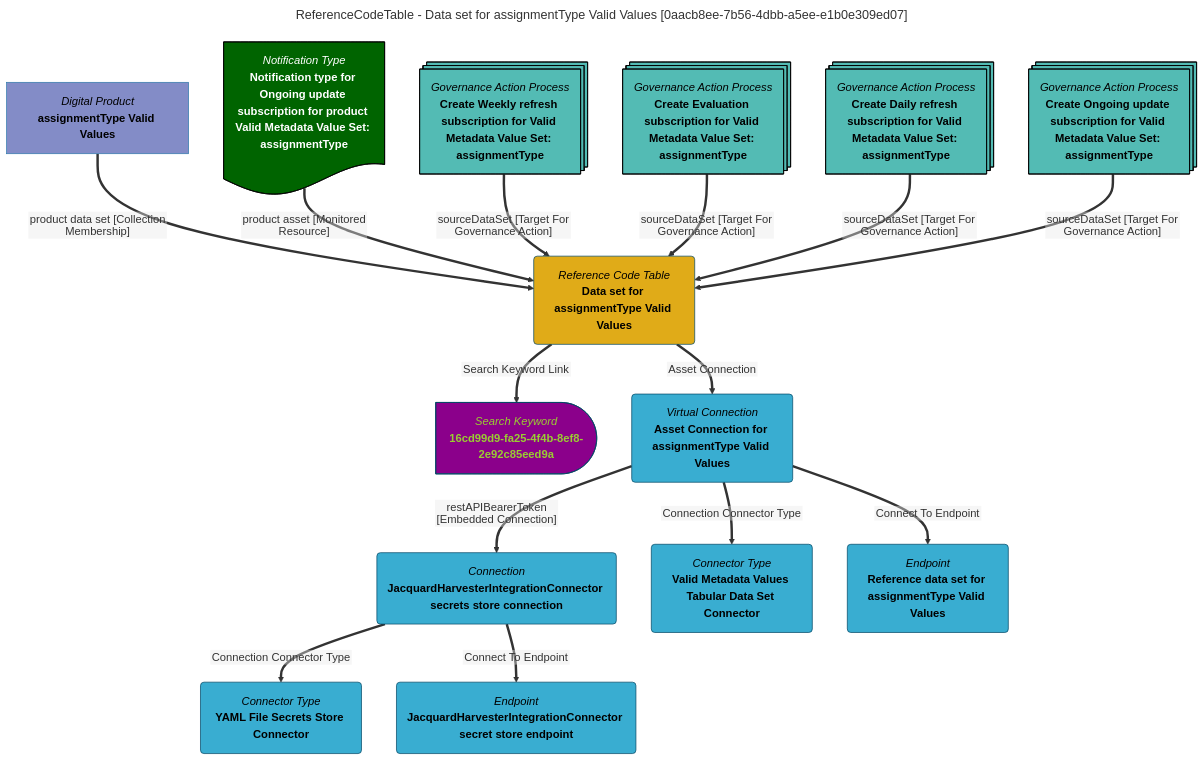
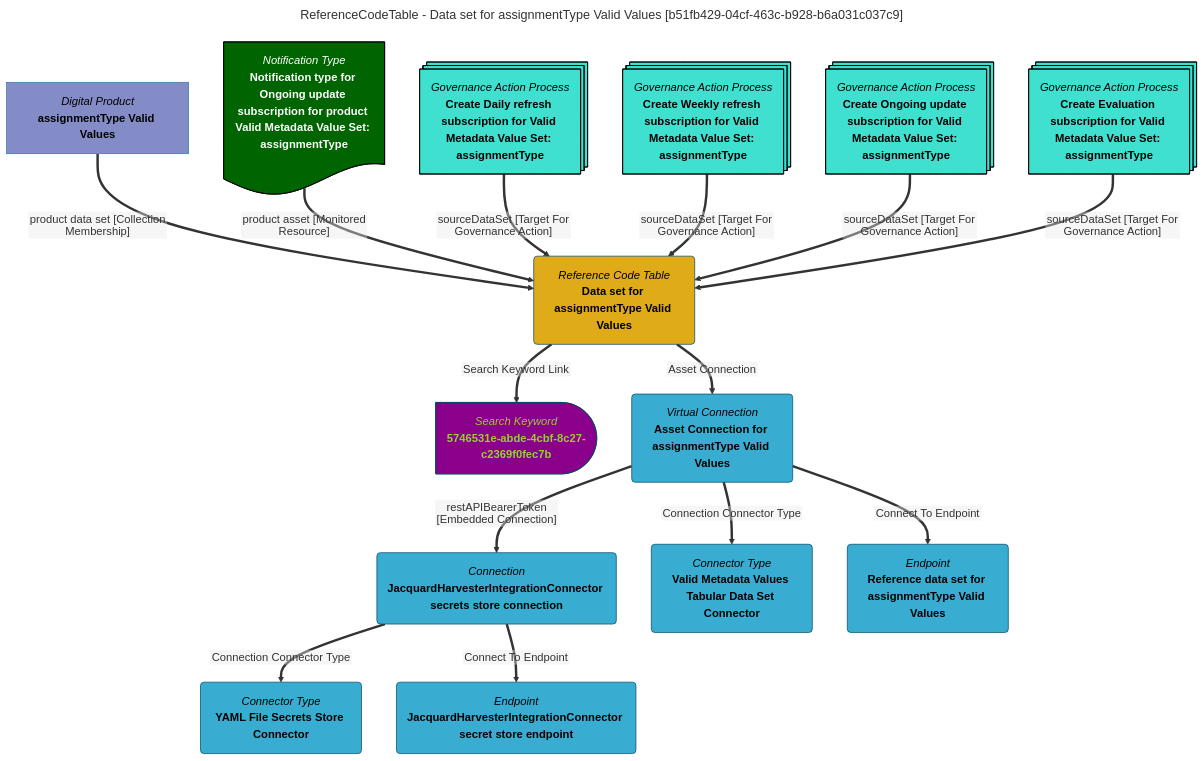
One commit to odpi/egeria-docs changed the diagram in site/snippets/data-assets/data-set-for-assignmenttype-valid-values-mermaid-graph.md. Above: the diagram before and after it, drawn with Mermaid. The commit also changed 2201 other files, not shown here.

````diff
--- a/site/snippets/data-assets/data-set-for-assignmenttype-valid-values-mermaid-graph.md
+++ b/site/snippets/data-assets/data-set-for-assignmenttype-valid-values-mermaid-graph.md
@@ -1,63 +1,63 @@
 ```mermaid
 ---
-title: ReferenceCodeTable - Data set for assignmentType Valid Values [0aacb8ee-7b56-4dbb-a5ee-e1b0e309ed07]
+title: ReferenceCodeTable - Data set for assignmentType Valid Values [b51fb429-04cf-463c-b928-b6a031c037c9]
 ---
 flowchart TD
 %%{init: {"flowchart": {"htmlLabels": false}} }%%
 
 1@{ shape: rounded, label: "*Reference Code Table*
 **Data set for assignmentType Valid Values**"}
 2@{ shape: delay, label: "*Search Keyword*
-**16cd99d9-fa25-4f4b-8ef8-2e92c85eed9a**"}
+**5746531e-abde-4cbf-8c27-c2369f0fec7b**"}
 1==>|"Search Keyword Link"|2
 3@{ shape: rect, label: "*Digital Product*
 **assignmentType Valid Values**"}
 3==>|"product data set [Collection Membership]"|1
 4@{ shape: rounded, label: "*Virtual Connection*
 **Asset Connection for assignmentType Valid Values**"}
 1==>|"Asset Connection"|4
 5@{ shape: rounded, label: "*Connection*
 **JacquardHarvesterIntegrationConnector secrets store connection**"}
 4==>|"restAPIBearerToken [Embedded Connection]"|5
 6@{ shape: rounded, label: "*Connector Type*
 **YAML File Secrets Store Connector**"}
 5==>|"Connection Connector Type"|6
 7@{ shape: rounded, label: "*Endpoint*
 **JacquardHarvesterIntegrationConnector secret store endpoint**"}
 5==>|"Connect To Endpoint"|7
 8@{ shape: rounded, label: "*Connector Type*
 **Valid Metadata Values Tabular Data Set Connector**"}
 4==>|"Connection Connector Type"|8
 9@{ shape: rounded, label: "*Endpoint*
 **Reference data set for assignmentType Valid Values**"}
 4==>|"Connect To Endpoint"|9
 10@{ shape: doc, label: "*Notification Type*
 **Notification type for Ongoing update subscription for product Valid Metadata Value Set: assignmentType**"}
 10==>|"product asset [Monitored Resource]"|1
 11@{ shape: processes, label: "*Governance Action Process*
-**Create Weekly refresh subscription for Valid Metadata Value Set: assignmentType**"}
+**Create Daily refresh subscription for Valid Metadata Value Set: assignmentType**"}
 11==>|"sourceDataSet [Target For Governance Action]"|1
 12@{ shape: processes, label: "*Governance Action Process*
-**Create Evaluation subscription for Valid Metadata Value Set: assignmentType**"}
+**Create Weekly refresh subscription for Valid Metadata Value Set: assignmentType**"}
 12==>|"sourceDataSet [Target For Governance Action]"|1
 13@{ shape: processes, label: "*Governance Action Process*
-**Create Daily refresh subscription for Valid Metadata Value Set: assignmentType**"}
+**Create Ongoing update subscription for Valid Metadata Value Set: assignmentType**"}
 13==>|"sourceDataSet [Target For Governance Action]"|1
 14@{ shape: processes, label: "*Governance Action Process*
-**Create Ongoing update subscription for Valid Metadata Value Set: assignmentType**"}
+**Create Evaluation subscription for Valid Metadata Value Set: assignmentType**"}
 14==>|"sourceDataSet [Target For Governance Action]"|1
-style 11 color:#000000, fill:#53bbb4, stroke:#000000
-style 12 color:#000000, fill:#53bbb4, stroke:#000000
-style 13 color:#000000, fill:#53bbb4, stroke:#000000
-style 14 color:#000000, fill:#53bbb4, stroke:#000000
+style 11 color:#000000, fill:#40E0D0, stroke:#000000
+style 12 color:#000000, fill:#40E0D0, stroke:#000000
+style 13 color:#000000, fill:#40E0D0, stroke:#000000
+style 14 color:#000000, fill:#40E0D0, stroke:#000000
 style 1 color:#000000, fill:#e0ab18, stroke:#004563
-style 2 color:#9acd32, fill:#8b008b, stroke:#004563
+style 2 color:#9ACD32, fill:#8B008B, stroke:#004563
 style 3 color:#000000, fill:#838cc7, stroke:#3079ab
 style 4 color:#000000, fill:#39add1, stroke:#004563
 style 5 color:#000000, fill:#39add1, stroke:#004563
 style 6 color:#000000, fill:#39add1, stroke:#004563
 style 7 color:#000000, fill:#39add1, stroke:#004563
 style 8 color:#000000, fill:#39add1, stroke:#004563
 style 9 color:#000000, fill:#39add1, stroke:#004563
 style 10 color:#FFFFFF, fill:#006400, stroke:#000000
 ```
````
